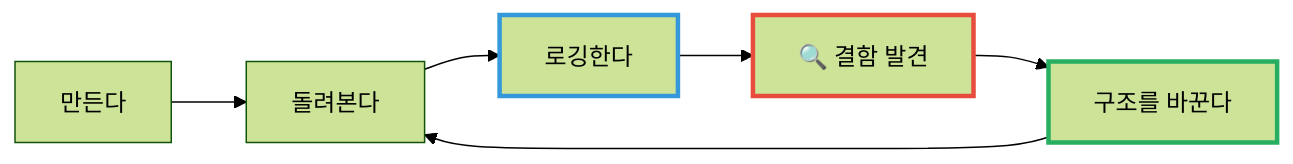
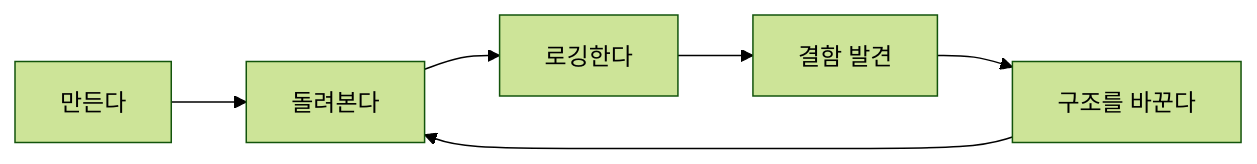
One commit to genie4youu/genie4youu.github.io changed the second of 2 diagrams in _posts/2026-07-14-07-reuse-functions.md. Above: the diagram before and after it, drawn with Mermaid (forest theme). The commit also changed other lines of this file and 13 other files, not shown here.

First line of the commit message:
﻿전면 손질: 제목 변경, AI 티 나는 표현 제거, 다이어그램 재작성

````diff
--- a/_posts/2026-07-14-07-reuse-functions.md
+++ b/_posts/2026-07-14-07-reuse-functions.md
@@ -96,12 +76,8 @@
 ```mermaid
 flowchart LR
-    A["만든다"] --> B["돌려본다"]
-    B --> C["로깅한다"]
-    C --> D["🔍 결함 발견"]
-    D --> E["구조를 바꾼다"]
+    A[만든다] --> B[돌려본다]
+    B --> C[로깅한다]
+    C --> D[결함 발견]
+    D --> E[구조를 바꾼다]
     E --> B
-
-    style C stroke:#3498db,stroke-width:3px
-    style D stroke:#e74c3c,stroke-width:3px
-    style E stroke:#27ae60,stroke-width:3px
 ```
````
